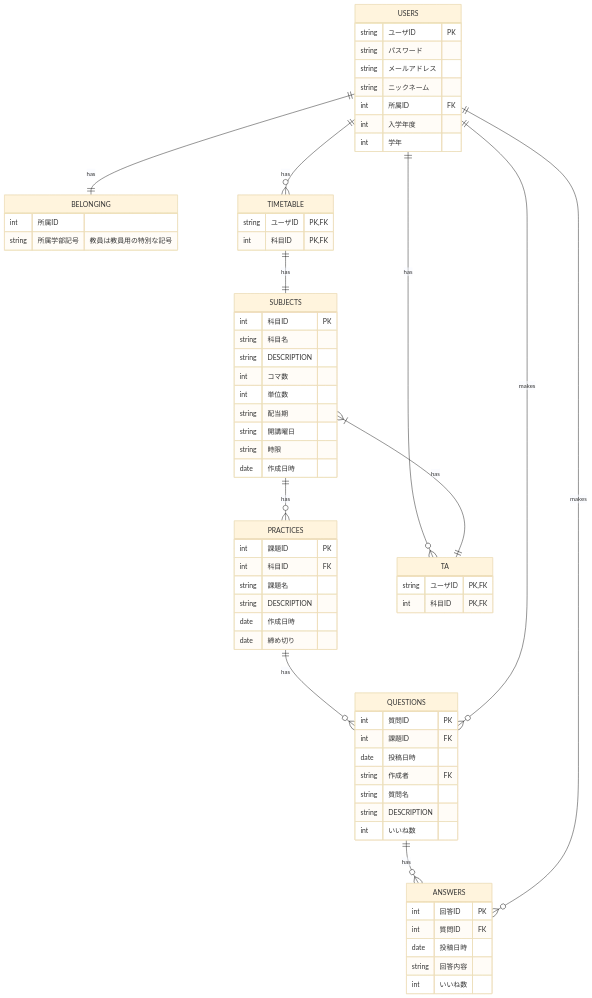
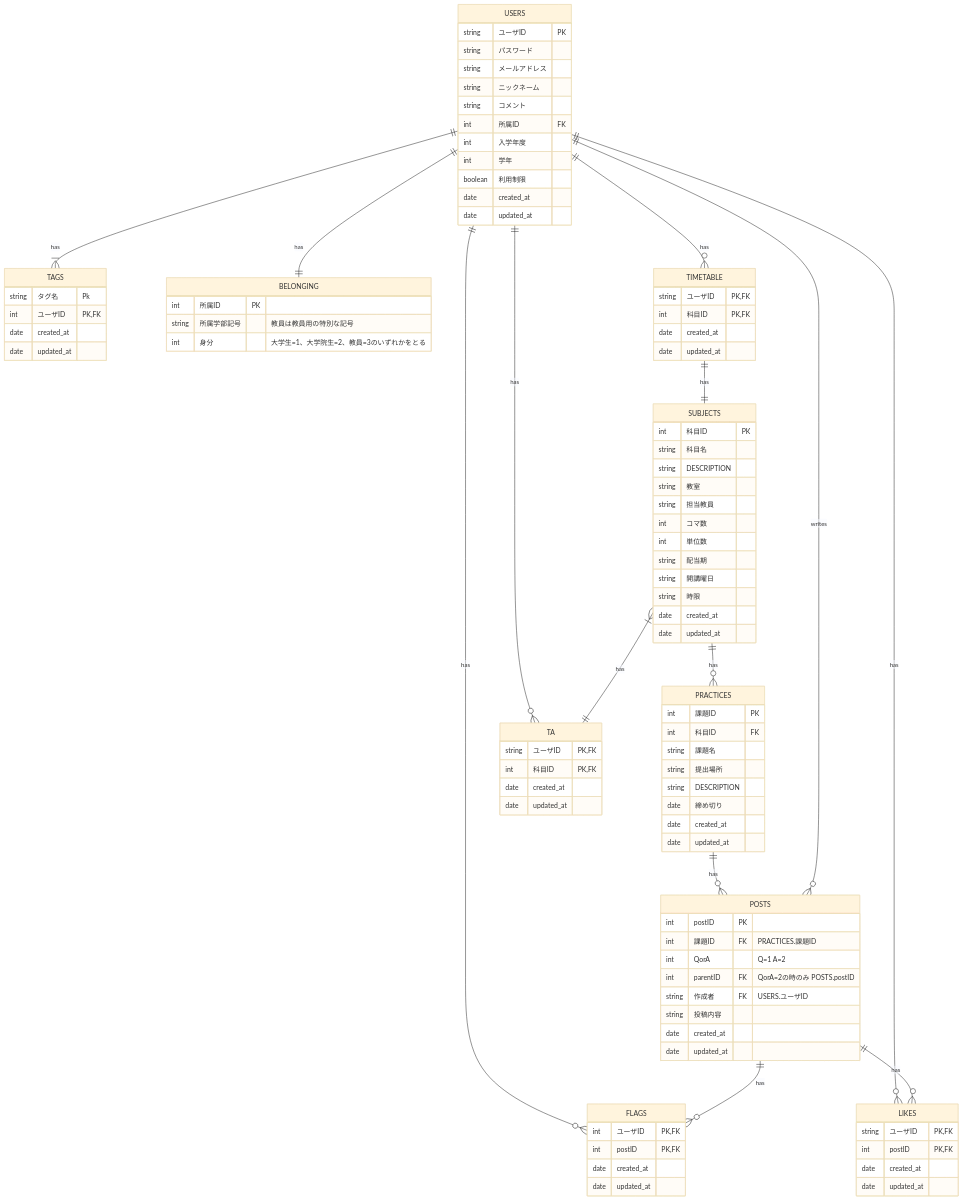
One commit to buhtiG27/ServerProgramming changed the diagram in QandA_ER.md. Above: the diagram before and after it, drawn with Mermaid (base theme).

Commit message:
ER図大幅修正(2025-10-20)

````diff
--- a/QandA_ER.md
+++ b/QandA_ER.md
@@ -7,73 +7,105 @@
             string パスワード
             string メールアドレス
             string ニックネーム
+            string コメント
             int 所属ID FK
             int 入学年度
             int 学年
+            boolean 利用制限
+            date created_at
+            date updated_at
+        }
+
+        TAGS {
+            string タグ名 Pk
+            int ユーザID PK,FK
+            date created_at
+            date updated_at
+        }
+
+        LIKES {
+            string ユーザID PK,FK
+            int postID PK,FK
+            date created_at
+            date updated_at
+        }
+
+        FLAGS {
+            int ユーザID PK,FK
+            int postID PK,FK
+            date created_at
+            date updated_at
         }
 
         BELONGING {
-            int 所属ID
+            int 所属ID PK
             string 所属学部記号 "教員は教員用の特別な記号"
+            int 身分 "大学生=1、大学院生=2、教員=3のいずれかをとる"
         }
 
         SUBJECTS {
             int 科目ID PK
             string 科目名
             string DESCRIPTION
+            string 教室
+            string 担当教員
             int コマ数
             int 単位数
             string 配当期
             string 開講曜日
             string 時限
-            date 作成日時
+            date created_at
+            date updated_at
         }
 
         PRACTICES {
             int 課題ID PK
             int 科目ID FK
             string 課題名
+            string 提出場所
             string DESCRIPTION
-            date 作成日時
             date 締め切り
+            date created_at
+            date updated_at
         }
 
-        QUESTIONS {
-            int 質問ID PK
-            int 課題ID FK
-            date 投稿日時
-            string 作成者 FK
-            string 質問名
-            string DESCRIPTION
-            int いいね数
-        }
 
-        ANSWERS {
-            int 回答ID PK
-            int 質問ID FK
-            date 投稿日時
-            string 回答内容
-            int いいね数
+        POSTS {
+            int postID PK
+            int 課題ID FK "PRACTICES.課題ID"
+            int QorA "Q=1 A=2"
+            int parentID FK "QorA=2の時のみ POSTS.postID"
+            string 作成者 FK "USERS.ユーザID"
+            string 投稿内容
+            date created_at
+            date updated_at
         }
 
         TIMETABLE {
             string ユーザID PK,FK
             int 科目ID PK,FK
+            date created_at
+            date updated_at
         }
 
         TA {
             string ユーザID PK,FK
             int 科目ID PK, FK
+            date created_at
+            date updated_at
         }
 
         USERS ||--o{ TIMETABLE : has
+        USERS ||--o{ FLAGS : has
+        USERS ||--o{ LIKES : has
+        POSTS ||--o{ FLAGS : has
+        POSTS ||--o{ LIKES : has
         TIMETABLE ||--|| SUBJECTS : has
         SUBJECTS ||--o{ PRACTICES : has
-        PRACTICES ||--o{ QUESTIONS : has
-        QUESTIONS ||--o{ ANSWERS : has
-        USERS ||--o{ QUESTIONS : makes
-        USERS ||--o{ ANSWERS : makes
+        PRACTICES ||--o{ POSTS : has
+        USERS ||--o{ POSTS : writes
         USERS ||--|| BELONGING : has
         USERS ||--o{ TA : has
         SUBJECTS }|--|| TA : has
+        USERS  ||--|{ TAGS : has
 ```
````
